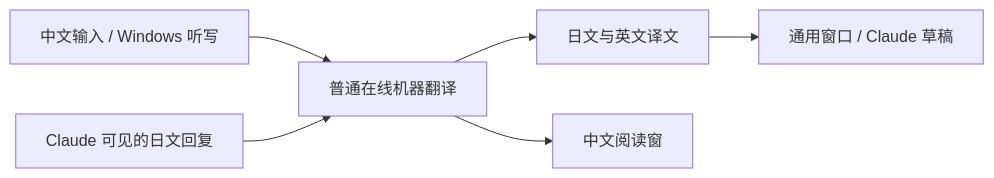
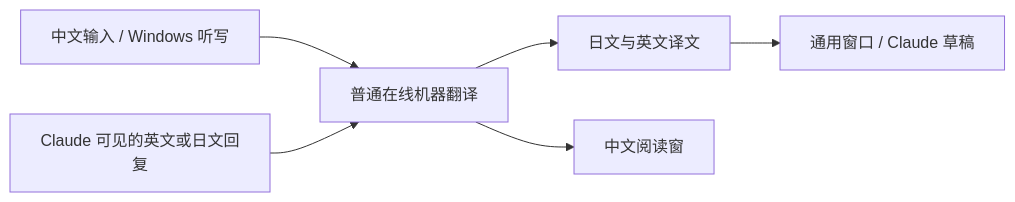
The diagram in README.md (zanevictor73-ai/yuqiao-translate), drawn with Mermaid before and after one commit. The commit also changed other lines of this file and 24 other files, not shown here.

Commit message:
Add English Claude conversation flow with bilingual documentation and 224 checks

```diff
--- a/README.md
+++ b/README.md
@@ -77,8 +77,8 @@
 ~~~mermaid
 flowchart LR
     A[中文输入 / Windows 听写] --> B[普通在线机器翻译]
     B --> C[日文与英文译文]
     C --> D[通用窗口 / Claude 草稿]
-    E[Claude 可见的日文回复] --> B
+    E[Claude 可见的英文或日文回复] --> B
     B --> F[中文阅读窗]
 ~~~
```
